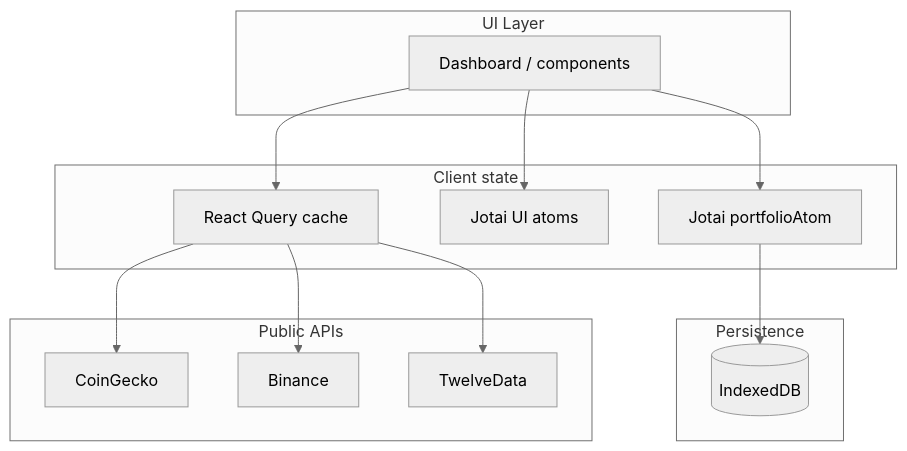
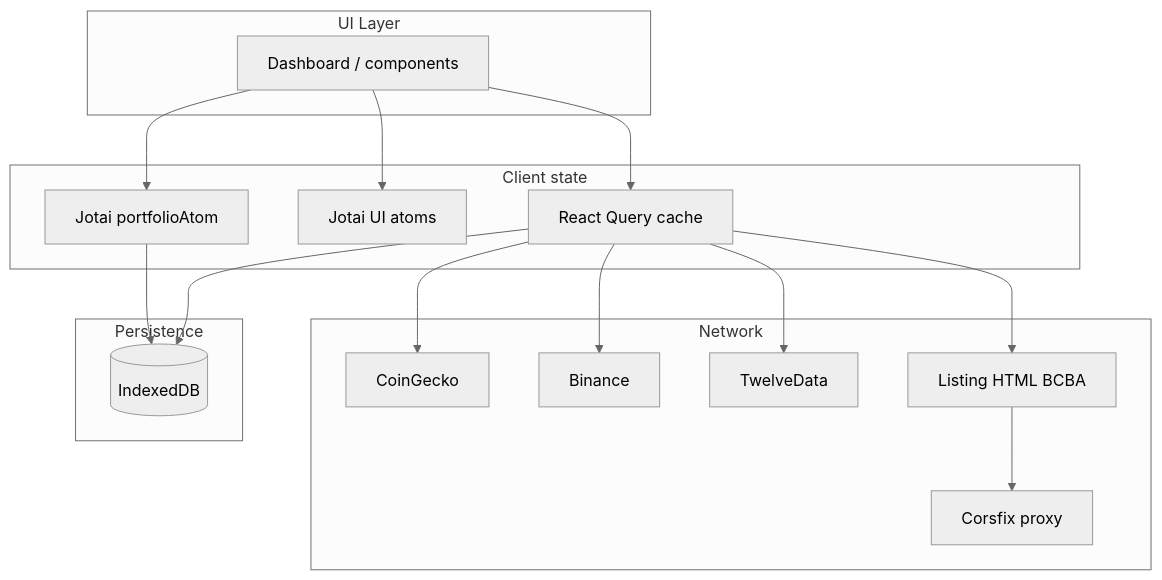
Before and after one commit to maggiben/elliott: the diagram in docs/architecture.md, drawn with Mermaid (neutral theme). The commit also changed other lines of this file and 3 other files, not shown here.

````diff
--- a/docs/architecture.md
+++ b/docs/architecture.md
@@ -7,26 +7,31 @@
 ```mermaid
 flowchart TB
   subgraph ui [UI Layer]
     Dashboard[Dashboard / components]
   end
   subgraph state [Client state]
     JotaiPortfolio[Jotai portfolioAtom]
     JotaiUI[Jotai UI atoms]
     RQ[React Query cache]
   end
   subgraph persist [Persistence]
     IDB[(IndexedDB)]
   end
-  subgraph network [Public APIs]
+  subgraph network [Network]
     CG[CoinGecko]
     BN[Binance]
     TD[TwelveData]
+    List[Listing HTML BCBA]
+    CF[Corsfix proxy]
   end
   Dashboard --> JotaiPortfolio
   Dashboard --> JotaiUI
   Dashboard --> RQ
   JotaiPortfolio --> IDB
+  RQ --> IDB
   RQ --> CG
   RQ --> BN
   RQ --> TD
+  List --> CF
+  RQ --> List
 ```
````
